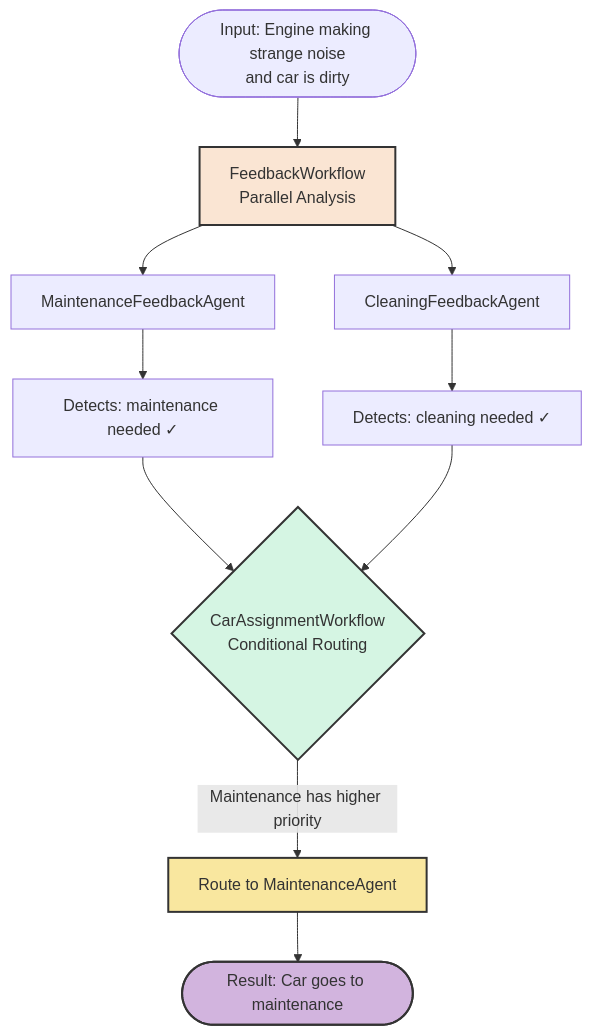
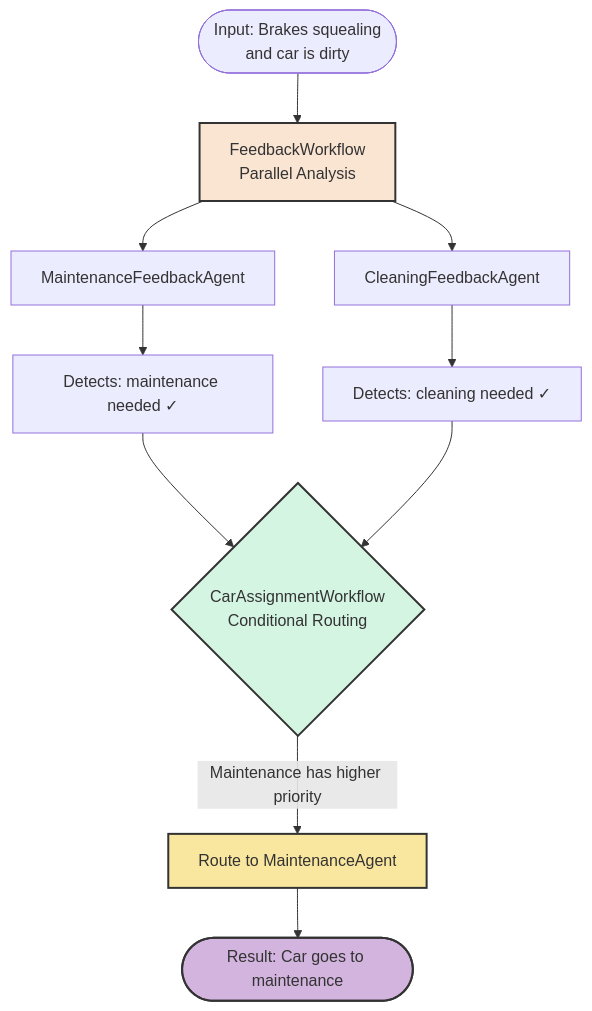
One commit to quarkusio/quarkus-workshop-langchain4j changed the fourth of 6 diagrams in docs/docs/section-2/step-03.md. Above: the diagram before and after it, drawn with Mermaid. The commit also changed other lines of this file and 14 other files, not shown here.

````diff
--- a/docs/docs/section-2/step-03.md
+++ b/docs/docs/section-2/step-03.md
@@ -232,23 +236,23 @@
 ```mermaid
 flowchart TD
-    Start([Input: Engine making strange noise<br/>and car is dirty])
+    Start([Input: Brakes squealing <br>and car is dirty])
     
     Start --> FW[FeedbackWorkflow<br/>Parallel Analysis]
     
     FW --> MFA[MaintenanceFeedbackAgent]
     FW --> CFA[CleaningFeedbackAgent]
     
     MFA --> MR[Detects: maintenance needed ✓]
     CFA --> CR[Detects: cleaning needed ✓]
     
     MR --> CAW{CarAssignmentWorkflow<br/>Conditional Routing}
     CR --> CAW
     
     CAW -->|Maintenance has higher priority| MA[Route to MaintenanceAgent]
     MA --> Result([Result: Car goes to maintenance])
     
     style FW fill:#FAE5D3,stroke:#333,stroke-width:2,color:#333
     style CAW fill:#D5F5E3,stroke:#333,stroke-width:2,color:#333
     style MA fill:#F9E79F,stroke:#333,stroke-width:2,color:#333
     style Result fill:#D2B4DE,stroke:#333,stroke-width:2,color:#333
 ```
````
